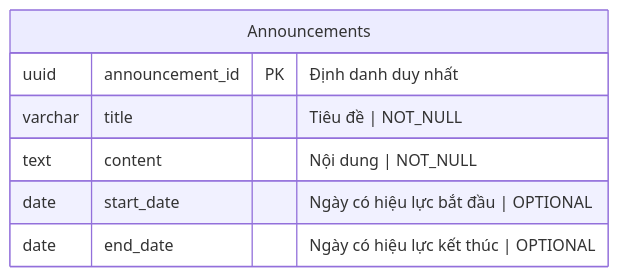
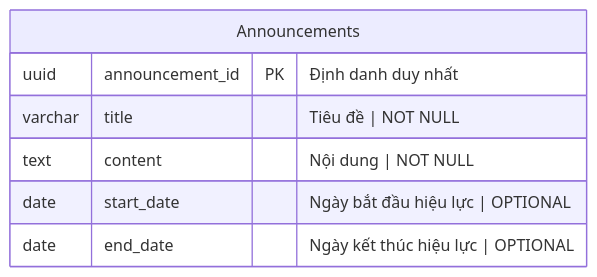
Before and after one commit to hainguyen81/enterprise-it-ai: diagram 11 of 12 in sources/storage/business-analysis/membership-hub/requirements.md, drawn with Mermaid. The commit also changed other lines of this file and 7 other files, not shown here.

````diff
--- a/sources/storage/business-analysis/membership-hub/requirements.md
+++ b/sources/storage/business-analysis/membership-hub/requirements.md
@@ -556,10 +613,10 @@
 ```mermaid
 erDiagram
     Announcements {
         uuid announcement_id PK "Định danh duy nhất"
-        varchar title "Tiêu đề | NOT_NULL"
-        text content "Nội dung | NOT_NULL"
-        date start_date "Ngày có hiệu lực bắt đầu | OPTIONAL"
-        date end_date "Ngày có hiệu lực kết thúc | OPTIONAL"
+        varchar title "Tiêu đề | NOT NULL"
+        text content "Nội dung | NOT NULL"
+        date start_date "Ngày bắt đầu hiệu lực | OPTIONAL"
+        date end_date "Ngày kết thúc hiệu lực | OPTIONAL"
     }
 ```
````
